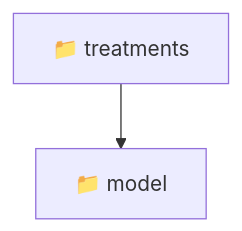
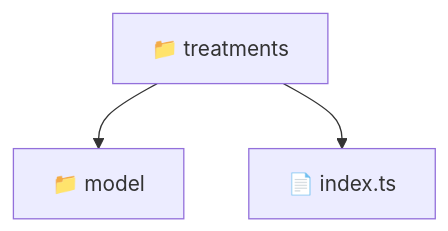
The diagram in frontend/src/features/treatments/README.md (beginwebdev2002/fullstack-mavluda), drawn with Mermaid before and after one commit. The commit also changed other lines of this file and 157 other files, not shown here.

First line of the commit message:
docs: generate localized readmes for architectural transparency

````diff
--- a/frontend/src/features/treatments/README.md
+++ b/frontend/src/features/treatments/README.md
@@ -11,5 +11,6 @@
 ```mermaid
 graph TD
   treatments["📁 treatments"]
-  treatments --> model["📁 model"]
+  treatments --> treatments_model["📁 model"]
+  treatments --> treatments_index_ts["📄 index.ts"]
 ```
````
